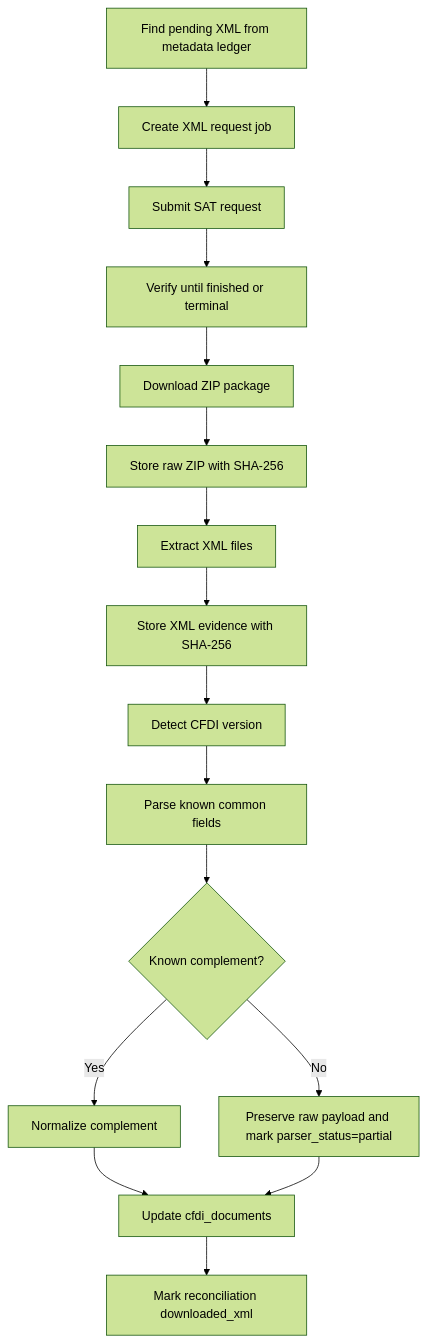
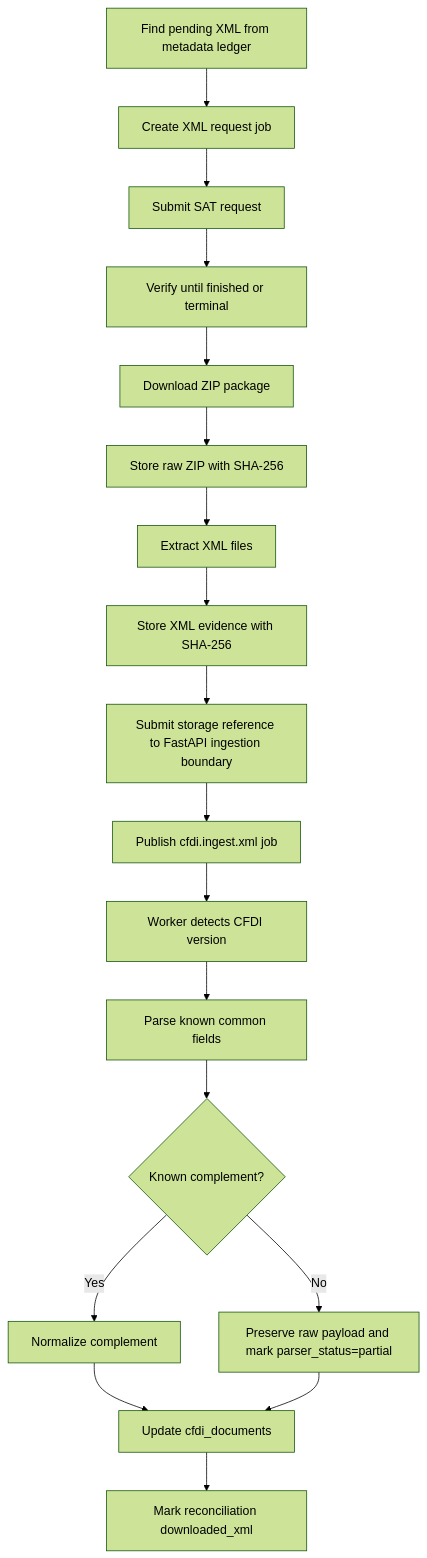
The second of 4 diagrams in docs/foundation/flows-and-states.md (Crls8a/cfdi-vault-mx), drawn with Mermaid (forest theme) before and after one commit. The commit also changed other lines of this file and 27 other files, not shown here.

Commit message:
docs(architecture): document postgres queue api contract

````diff
--- a/docs/foundation/flows-and-states.md
+++ b/docs/foundation/flows-and-states.md
@@ -37,18 +37,20 @@
 ```mermaid
 flowchart TD
     A["Find pending XML from metadata ledger"] --> B["Create XML request job"]
     B --> C["Submit SAT request"]
     C --> D["Verify until finished or terminal"]
     D --> E["Download ZIP package"]
     E --> F["Store raw ZIP with SHA-256"]
     F --> G["Extract XML files"]
     G --> H["Store XML evidence with SHA-256"]
-    H --> I["Detect CFDI version"]
+    H --> API["Submit storage reference to FastAPI ingestion boundary"]
+    API --> Q["Publish cfdi.ingest.xml job"]
+    Q --> I["Worker detects CFDI version"]
     I --> J["Parse known common fields"]
     J --> K{"Known complement?"}
     K -->|Yes| L["Normalize complement"]
     K -->|No| M["Preserve raw payload and mark parser_status=partial"]
     L --> N["Update cfdi_documents"]
     M --> N
     N --> O["Mark reconciliation downloaded_xml"]
 ```
````
